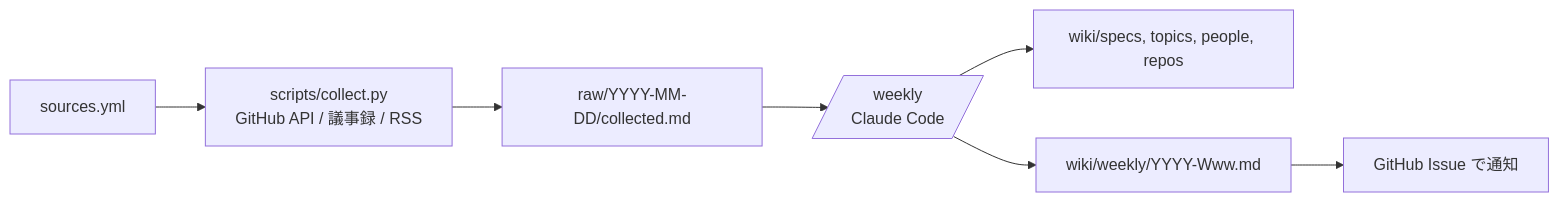
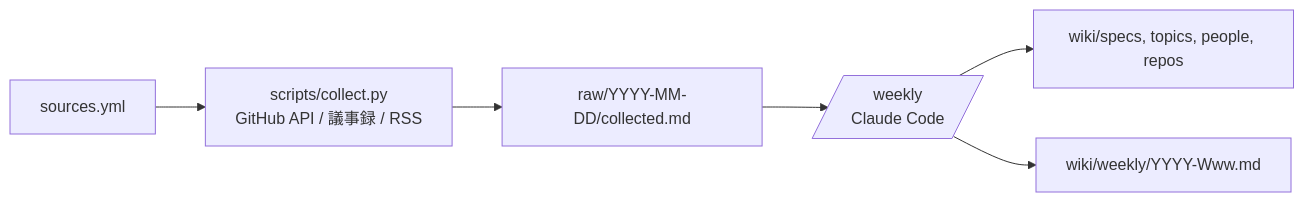
The diagram in README.md (masuP9/a11y-llm-wiki), drawn with Mermaid before and after one commit. The commit also changed other lines of this file and 1 other file, not shown here.

First line of the commit message:
weekly: ダイジェストの Issue 投稿をやめる

````diff
--- a/README.md
+++ b/README.md
@@ -12,9 +11,8 @@
 ```mermaid
 flowchart LR
   S[sources.yml] --> C[scripts/collect.py<br>GitHub API / 議事録 / RSS]
   C --> R[raw/YYYY-MM-DD/collected.md]
   R --> W[/weekly<br>Claude Code/]
   W --> K[wiki/specs, topics, people, repos]
   W --> D[wiki/weekly/YYYY-Www.md]
-  D --> I[GitHub Issue で通知]
 ```
````
